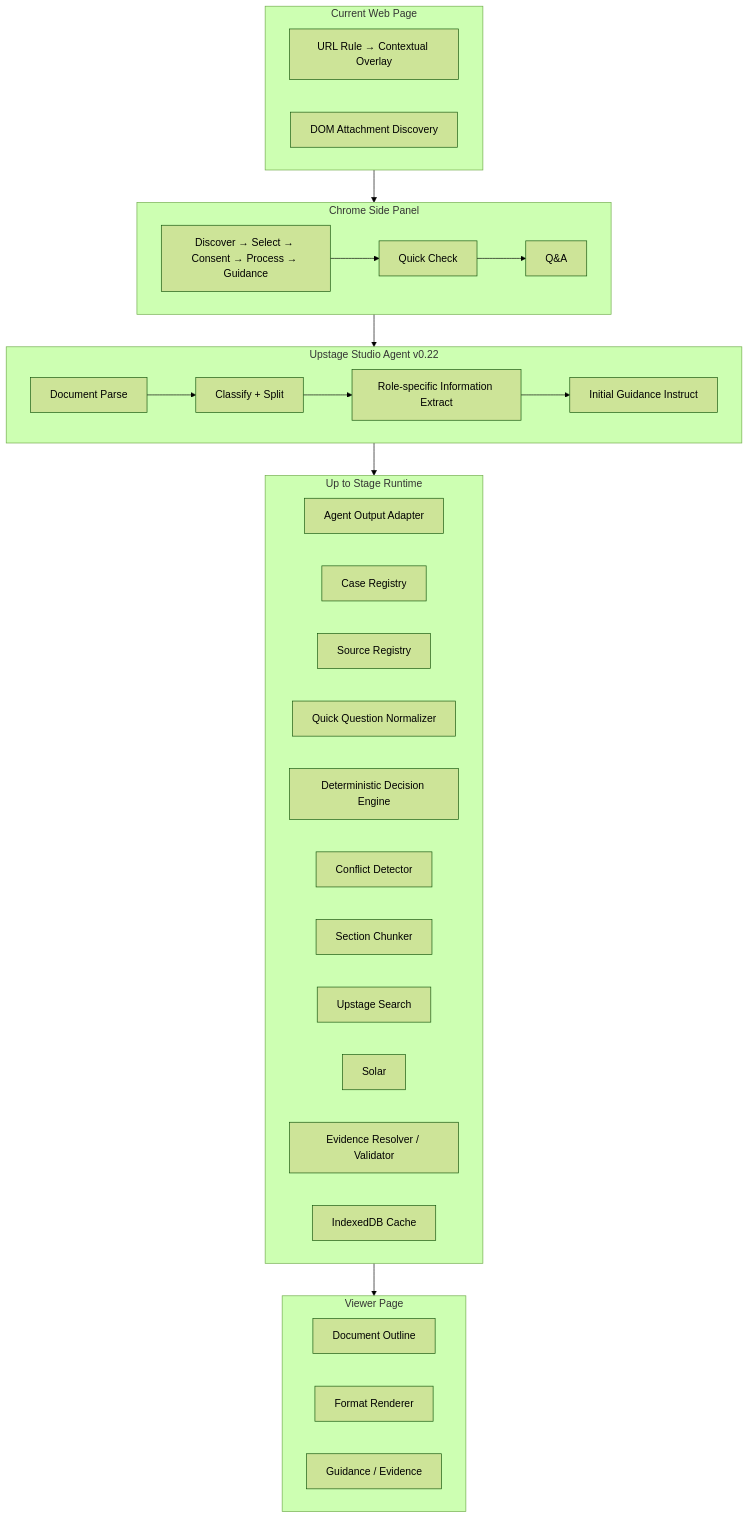
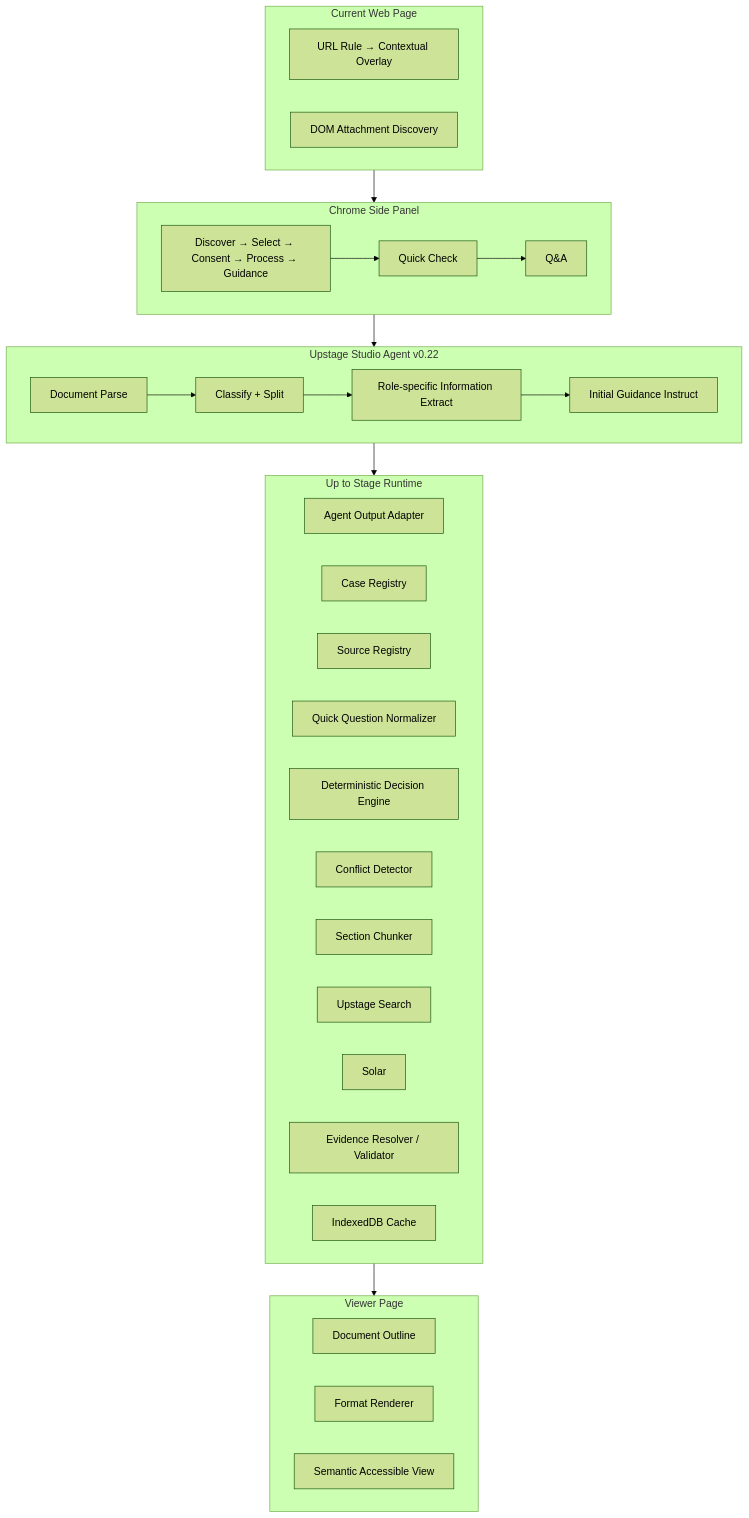
The fifth of 13 diagrams in README.md (hellosunghyun/up2stage), drawn with Mermaid (forest theme) before and after one commit. The commit also changed other lines of this file and 7 other files, not shown here.

````diff
--- a/README.md
+++ b/README.md
@@ -201,50 +202,50 @@
 ```mermaid
 flowchart TB
     subgraph WebPage[Current Web Page]
         A1[URL Rule → Contextual Overlay]
         A2[DOM Attachment Discovery]
     end
 
     WebPage --> SidePanel
 
     subgraph SidePanel[Chrome Side Panel]
         B1[Discover → Select → Consent → Process → Guidance]
         B2[Quick Check]
         B3[Q&A]
         B1 --> B2 --> B3
     end
 
     SidePanel --> Upstage
 
     subgraph Upstage[Upstage Studio Agent v0.22]
         C1[Document Parse]
         C2[Classify + Split]
         C3[Role-specific Information Extract]
         C4[Initial Guidance Instruct]
         C1 --> C2 --> C3 --> C4
     end
 
     Upstage --> Runtime
 
     subgraph Runtime[Up to Stage Runtime]
         D1[Agent Output Adapter]
         D2[Case Registry]
         D3[Source Registry]
         D4[Quick Question Normalizer]
         D5[Deterministic Decision Engine]
         D6[Conflict Detector]
         D7[Section Chunker]
         D8[Upstage Search]
         D9[Solar]
         D10[Evidence Resolver / Validator]
         D11[IndexedDB Cache]
     end
 
     Runtime --> Viewer
 
     subgraph Viewer[Viewer Page]
         E1[Document Outline]
         E2[Format Renderer]
-        E3[Guidance / Evidence]
+        E3[Semantic Accessible View]
     end
 ```
````
